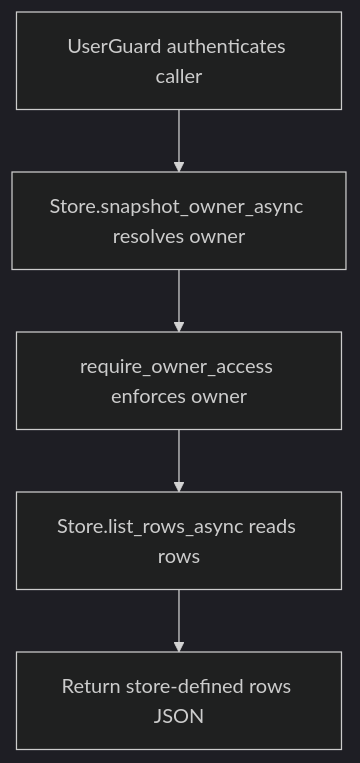
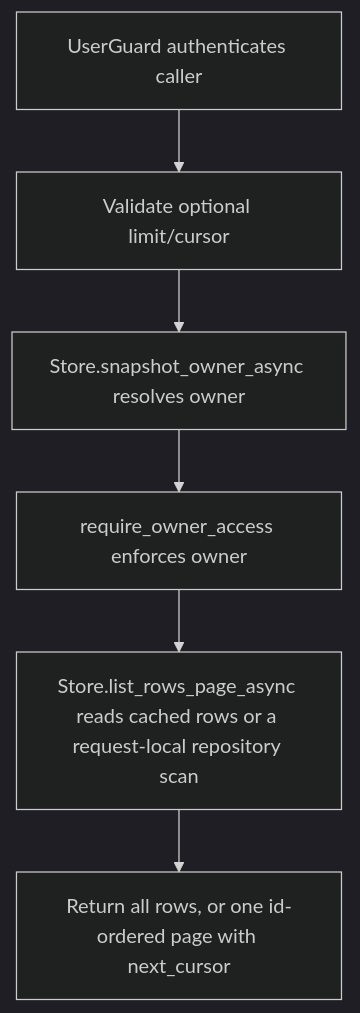
Before and after one commit to dickwu/nowledge: the diagram in doc/api/get_v1_history_structured_snapshots_snapshot_id_rows.md, drawn with Mermaid (dark theme). The commit also changed other lines of this file and 5 other files, not shown here.

````diff
--- a/doc/api/get_v1_history_structured_snapshots_snapshot_id_rows.md
+++ b/doc/api/get_v1_history_structured_snapshots_snapshot_id_rows.md
@@ -35,12 +51,14 @@
 ```mermaid
 flowchart TD
   n0["UserGuard authenticates caller"]
+  nq["Validate optional limit/cursor"]
   n1["Store.snapshot_owner_async resolves owner"]
   n2["require_owner_access enforces owner"]
-  n3["Store.list_rows_async reads rows"]
-  n4["Return store-defined rows JSON"]
-  n0 --> n1
+  n3["Store.list_rows_page_async reads cached rows or a request-local repository scan"]
+  n4["Return all rows, or one id-ordered page with next_cursor"]
+  n0 --> nq
+  nq --> n1
   n1 --> n2
   n2 --> n3
   n3 --> n4
 ```
````
